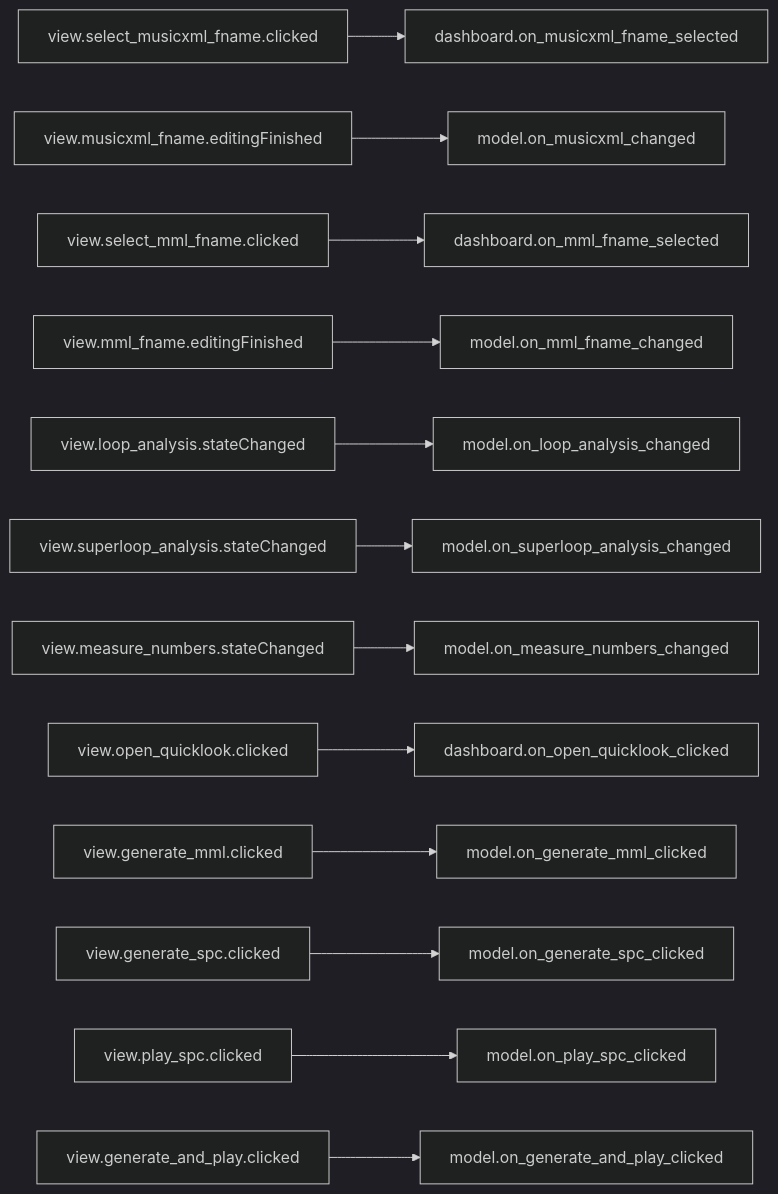
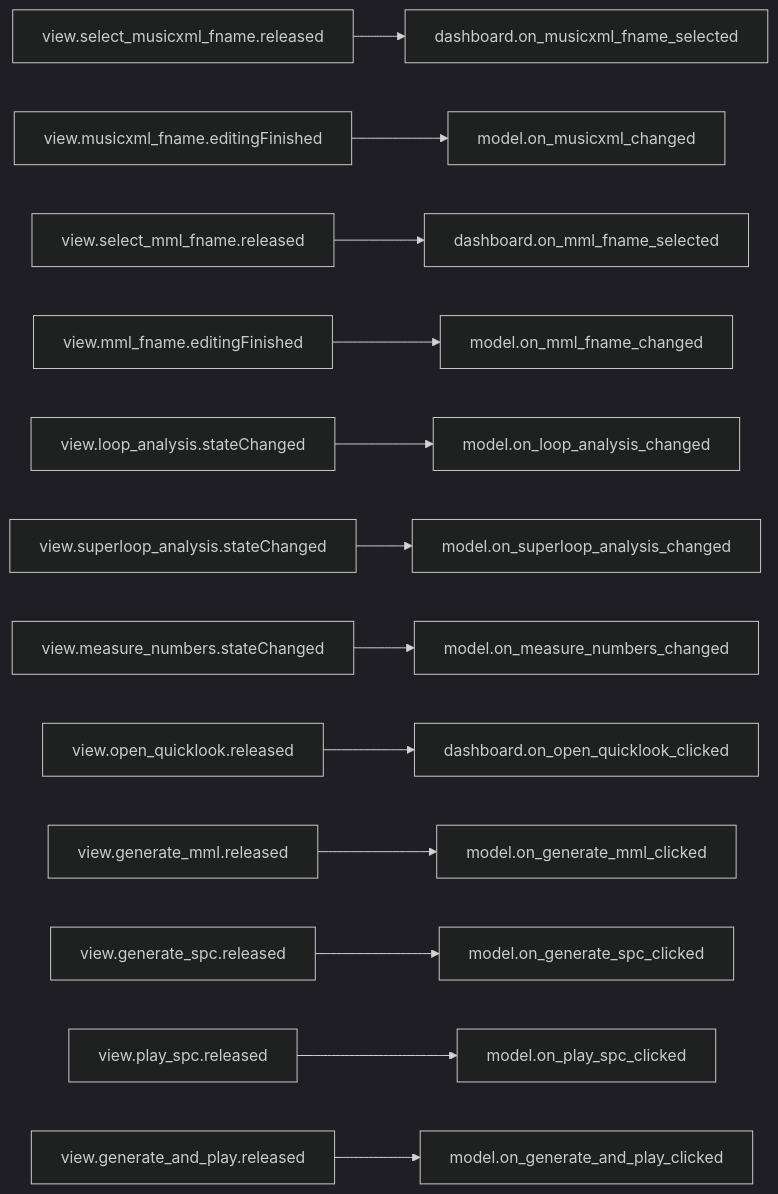
One commit to com-posers-pit/smw_music changed the third of 9 diagrams in doc/source/dashboard_signal_slot_map.rst. Above: the diagram before and after it, drawn with Mermaid (dark theme). The commit also changed other lines of this file and 1 other file, not shown here.

Commit message:
Use button released, not clicked, signals
clicked sends a checked state, which isn't used by any of the slots

Now playing:
Raw, Unfiltered Calamity by DM DOKURO

```diff
--- a/doc/source/dashboard_signal_slot_map.rst
+++ b/doc/source/dashboard_signal_slot_map.rst
@@ -51,15 +51,15 @@
 .. mermaid::
 
    flowchart LR
-      view.select_musicxml_fname.clicked --> dashboard.on_musicxml_fname_selected
+      view.select_musicxml_fname.released --> dashboard.on_musicxml_fname_selected
       view.musicxml_fname.editingFinished --> model.on_musicxml_changed
-      view.select_mml_fname.clicked --> dashboard.on_mml_fname_selected
+      view.select_mml_fname.released --> dashboard.on_mml_fname_selected
       view.mml_fname.editingFinished --> model.on_mml_fname_changed
       view.loop_analysis.stateChanged --> model.on_loop_analysis_changed
       view.superloop_analysis.stateChanged --> model.on_superloop_analysis_changed
       view.measure_numbers.stateChanged --> model.on_measure_numbers_changed
-      view.open_quicklook.clicked --> dashboard.on_open_quicklook_clicked
-      view.generate_mml.clicked --> model.on_generate_mml_clicked
-      view.generate_spc.clicked --> model.on_generate_spc_clicked
-      view.play_spc.clicked --> model.on_play_spc_clicked
-      view.generate_and_play.clicked --> model.on_generate_and_play_clicked
+      view.open_quicklook.released --> dashboard.on_open_quicklook_clicked
+      view.generate_mml.released --> model.on_generate_mml_clicked
+      view.generate_spc.released --> model.on_generate_spc_clicked
+      view.play_spc.released --> model.on_play_spc_clicked
+      view.generate_and_play.released --> model.on_generate_and_play_clicked
```
